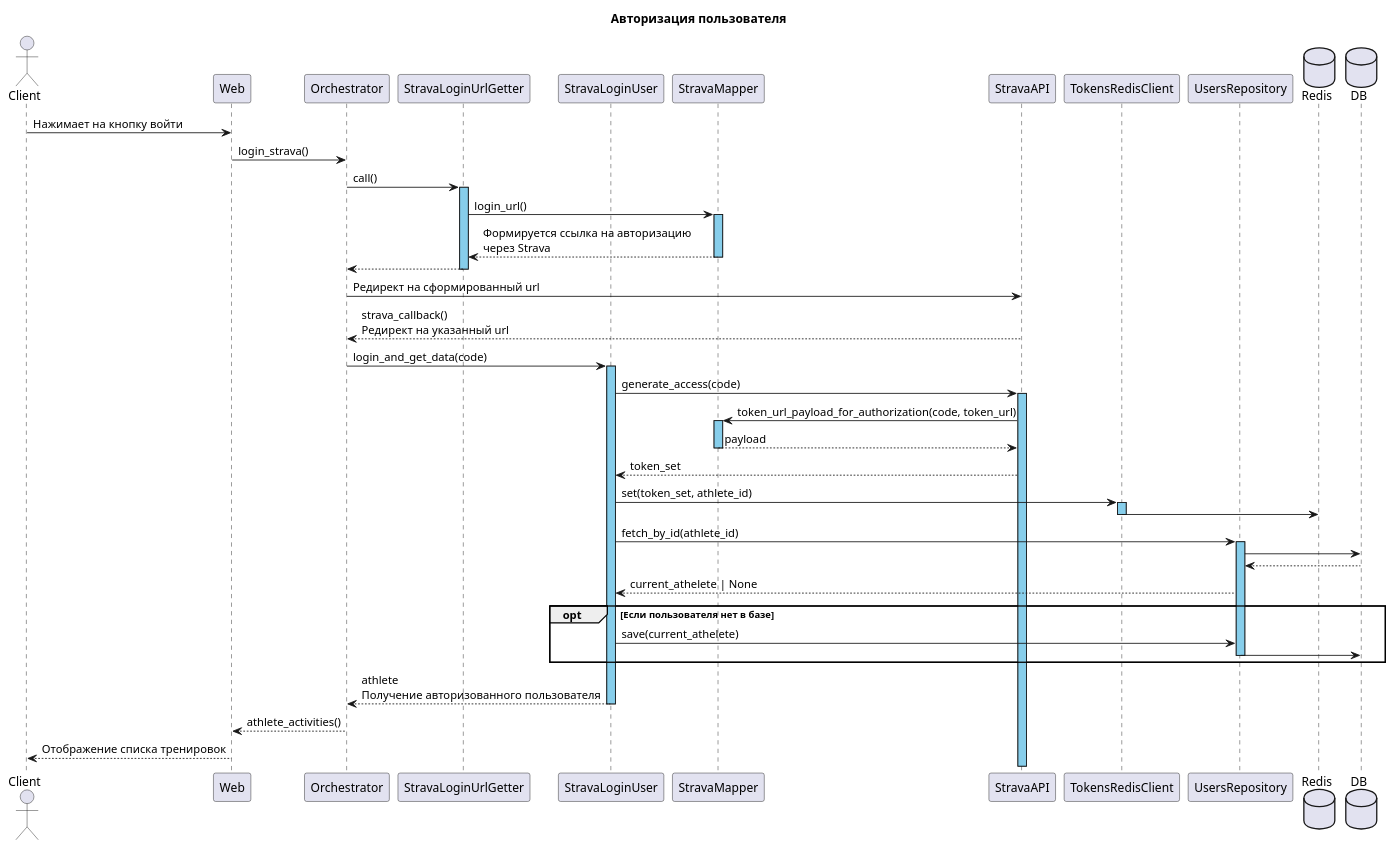
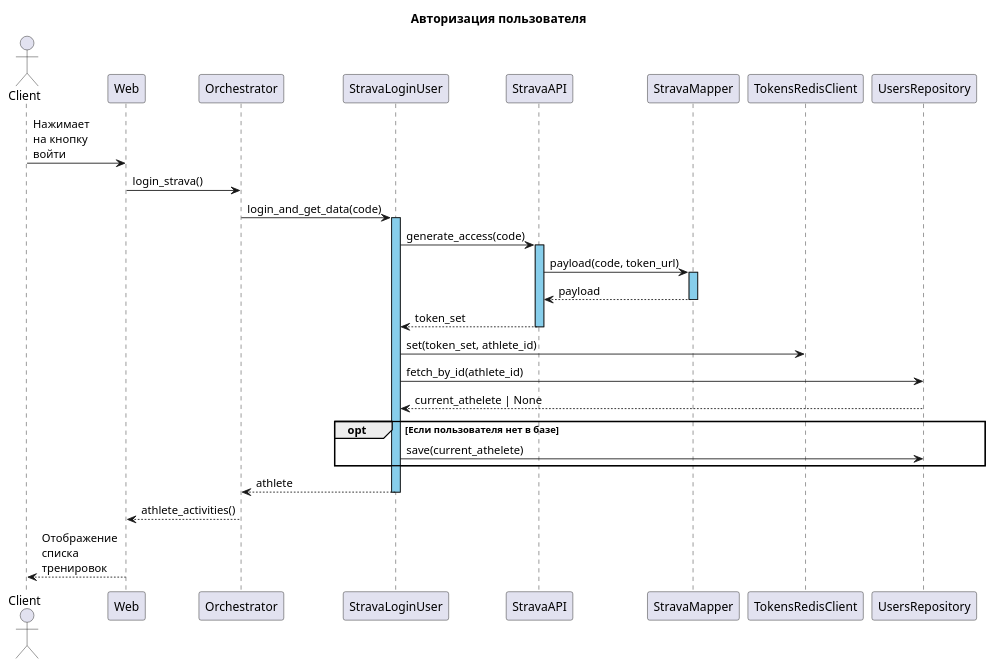
One commit to VadimBarinov/strava-activity-ui changed the diagram in diagrams/sequence_login.puml. Above: the diagram before and after it, drawn with PlantUML.

Commit message:
refac login sequence

```diff
--- a/diagrams/sequence_login.puml
+++ b/diagrams/sequence_login.puml
@@ -1,51 +1,35 @@
 @startuml
 
 title Авторизация пользователя
 
 actor Client
 participant Web
 participant Orchestrator
-participant StravaLoginUrlGetter
 participant StravaLoginUser
+participant StravaAPI
 participant StravaMapper
-participant StravaAPI
 participant TokensRedisClient
 participant UsersRepository
-database Redis
-database DB 
 
-Client -> Web : Нажимает на кнопку войти
+Client -> Web : Нажимает \nна кнопку \nвойти
 Web -> Orchestrator : login_strava()
-
-Orchestrator -> StravaLoginUrlGetter ++ #SkyBlue : call()
-StravaLoginUrlGetter -> StravaMapper ++ #SkyBlue : login_url()
-StravaLoginUrlGetter <-- StravaMapper -- : Формируется ссылка на авторизацию \nчерез Strava
-Orchestrator <-- StravaLoginUrlGetter --
-
-Orchestrator -> StravaAPI : Редирект на сформированный url
-Orchestrator <-- StravaAPI : strava_callback() \nРедирект на указанный url
 
 Orchestrator -> StravaLoginUser ++ #SkyBlue : login_and_get_data(code)
 StravaLoginUser -> StravaAPI ++ #SkyBlue : generate_access(code)
-StravaAPI -> StravaMapper ++ #SkyBlue : token_url_payload_for_authorization(code, token_url)
+StravaAPI -> StravaMapper ++ #SkyBlue : payload(code, token_url)
 StravaAPI <-- StravaMapper -- : payload
-StravaLoginUser <-- StravaAPI : token_set
+StravaLoginUser <-- StravaAPI -- : token_set
 
-StravaLoginUser -> TokensRedisClient ++ #SkyBlue : set(token_set, athlete_id)
-TokensRedisClient -> Redis --
-StravaLoginUser -> UsersRepository ++ #SkyBlue : fetch_by_id(athlete_id)
-UsersRepository -> DB
-UsersRepository <-- DB
+StravaLoginUser -> TokensRedisClient : set(token_set, athlete_id)
+StravaLoginUser -> UsersRepository : fetch_by_id(athlete_id)
 StravaLoginUser <-- UsersRepository : current_athelete | None
 
 opt Если пользователя нет в базе
     StravaLoginUser -> UsersRepository : save(current_athelete)
-    UsersRepository -> DB
-    deactivate UsersRepository
 end
 
-Orchestrator <-- StravaLoginUser -- : athlete \nПолучение авторизованного пользователя
+Orchestrator <-- StravaLoginUser -- : athlete 
 Web <-- Orchestrator : athlete_activities()
-Client <-- Web : Отображение списка тренировок
+Client <-- Web : Отображение \nсписка \nтренировок
 
 @enduml
```
